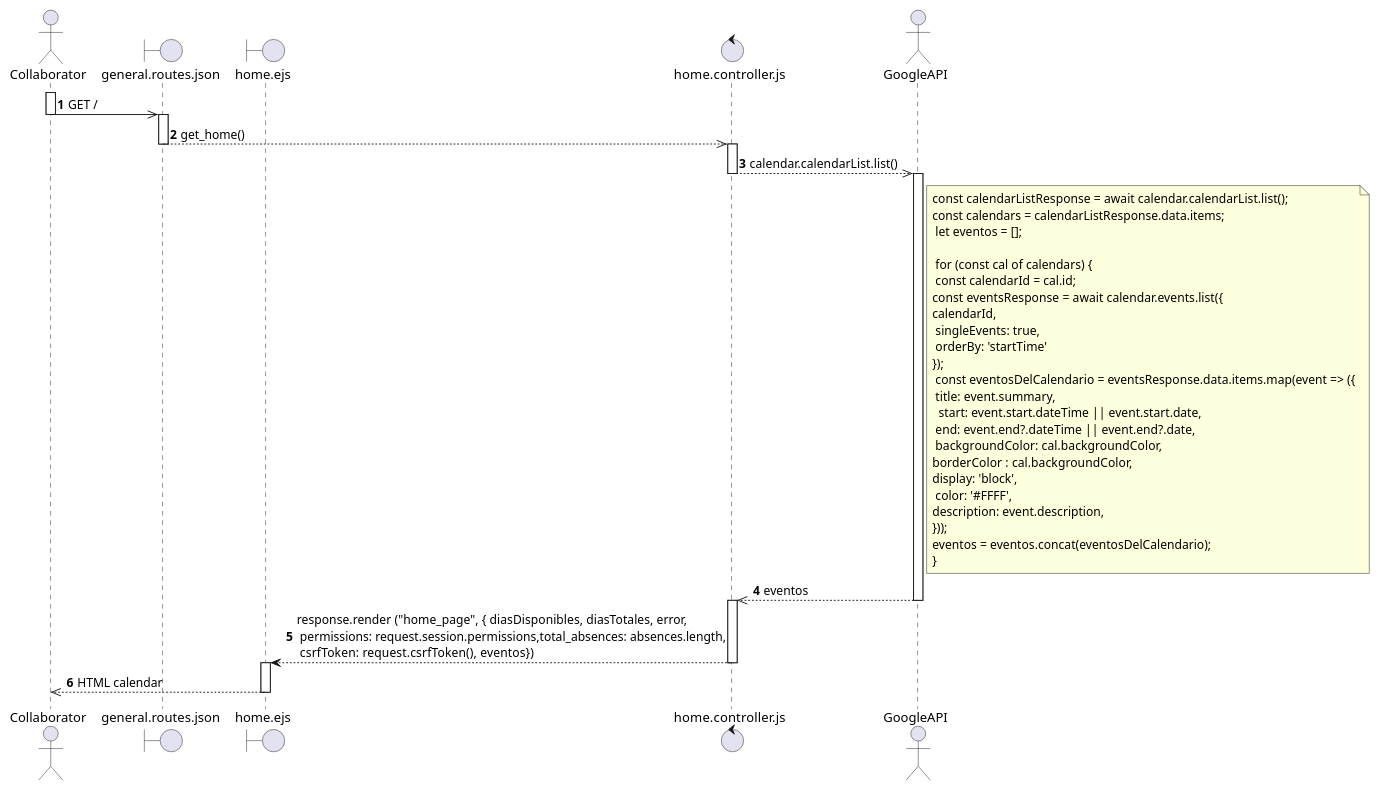
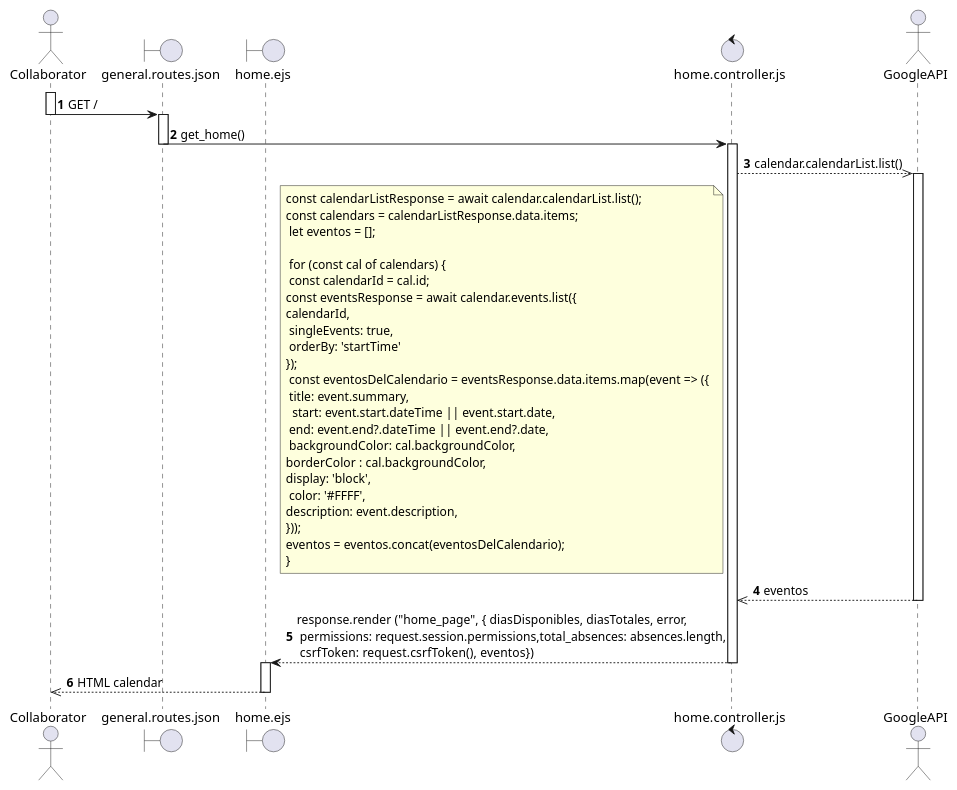
One commit to SALV19/Nebula_tc2005b changed the diagram in diagramas_secuencia/req_7.puml. Above: the diagram before and after it, drawn with PlantUML. The commit also changed 2 other files, not shown here.

Commit message:
[FIX] sequence diagram

```diff
--- a/diagramas_secuencia/req_7.puml
+++ b/diagramas_secuencia/req_7.puml
@@ -1,36 +1,35 @@
 @startuml REQ_7
 autonumber
 actor Collaborator as C 
 boundary general.routes.json as Route
 boundary home.ejs as home
 control home.controller.js as HController
 actor GoogleAPI as GoogleApi
 
 
 activate C
-C ->> Route : GET /
+C -> Route : GET /
 deactivate C 
 
 activate Route
-Route -->> HController : get_home()
+Route -> HController : get_home()
 deactivate Route
 
 activate HController
 HController -->> GoogleApi : calendar.calendarList.list()
-deactivate HController
 
-note right of GoogleApi :  const calendarListResponse = await calendar.calendarList.list(); \nconst calendars = calendarListResponse.data.items;\n let eventos = [];\n\n for (const cal of calendars) {\n const calendarId = cal.id;\nconst eventsResponse = await calendar.events.list({\ncalendarId,\n singleEvents: true,\n orderBy: 'startTime'\n});\n const eventosDelCalendario = eventsResponse.data.items.map(event => ({\n title: event.summary,\n  start: event.start.dateTime || event.start.date,\n end: event.end?.dateTime || event.end?.date,\n backgroundColor: cal.backgroundColor,\nborderColor : cal.backgroundColor,\ndisplay: 'block',\n color: '#FFFF',\ndescription: event.description,\n}));\neventos = eventos.concat(eventosDelCalendario);\n}
+
+note left of HController :  const calendarListResponse = await calendar.calendarList.list(); \nconst calendars = calendarListResponse.data.items;\n let eventos = [];\n\n for (const cal of calendars) {\n const calendarId = cal.id;\nconst eventsResponse = await calendar.events.list({\ncalendarId,\n singleEvents: true,\n orderBy: 'startTime'\n});\n const eventosDelCalendario = eventsResponse.data.items.map(event => ({\n title: event.summary,\n  start: event.start.dateTime || event.start.date,\n end: event.end?.dateTime || event.end?.date,\n backgroundColor: cal.backgroundColor,\nborderColor : cal.backgroundColor,\ndisplay: 'block',\n color: '#FFFF',\ndescription: event.description,\n}));\neventos = eventos.concat(eventosDelCalendario);\n}
 
 activate GoogleApi
 GoogleApi -->> HController : eventos
 deactivate GoogleApi
 
-activate HController
 HController --> home : response.render ("home_page", { diasDisponibles, diasTotales, error,\n permissions: request.session.permissions,total_absences: absences.length,\n csrfToken: request.csrfToken(),  eventos})
 deactivate HController
 
 activate home
 home -->> C : HTML calendar
 deactivate home
 
 @enduml
```
